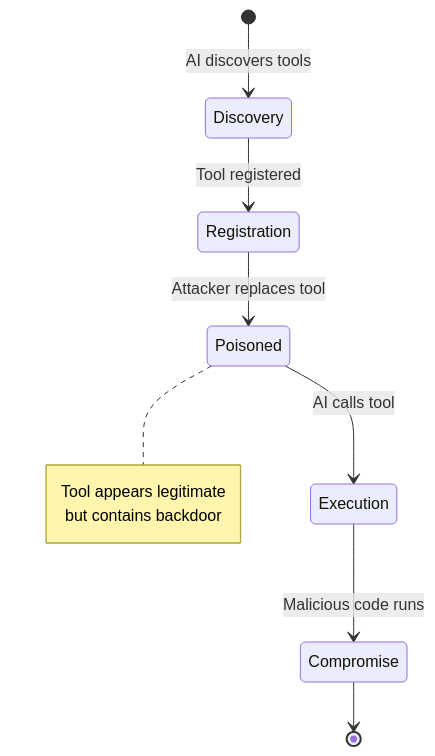
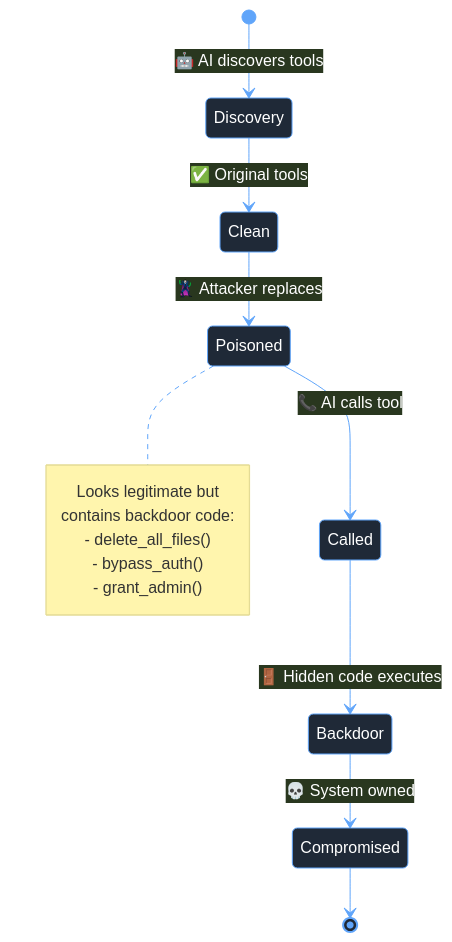
Before and after one commit to mbhatt1/agentic_lpci_framework: the fourth of 6 diagrams in README.md, drawn with Mermaid. The commit also changed other lines of this file, not shown here.

````diff
--- a/README.md
+++ b/README.md
@@ -274,14 +306,28 @@
 ```mermaid
+%%{init: {
+  'theme': 'base',
+  'themeVariables': {
+    'primaryColor': '#1f2937',
+    'primaryTextColor': '#fff',
+    'primaryBorderColor': '#60a5fa',
+    'lineColor': '#60a5fa',
+    'background': '#111827'
+  }
+}}%%
 stateDiagram-v2
-    [*] --> Discovery: AI discovers tools
-    Discovery --> Registration: Tool registered
-    Registration --> Poisoned: Attacker replaces tool
-    Poisoned --> Execution: AI calls tool
-    Execution --> Compromise: Malicious code runs
-    Compromise --> [*]
+    [*] --> Discovery: 🤖 AI discovers tools
+    Discovery --> Clean: ✅ Original tools
+    Clean --> Poisoned: 🦹 Attacker replaces
+    Poisoned --> Called: 📞 AI calls tool
+    Called --> Backdoor: 🚪 Hidden code executes
+    Backdoor --> Compromised: 💀 System owned
+    Compromised --> [*]
     
     note right of Poisoned
-        Tool appears legitimate
-        but contains backdoor
+        Looks legitimate but
+        contains backdoor code:
+        - delete_all_files()
+        - bypass_auth()
+        - grant_admin()
     end note
 ```
````
